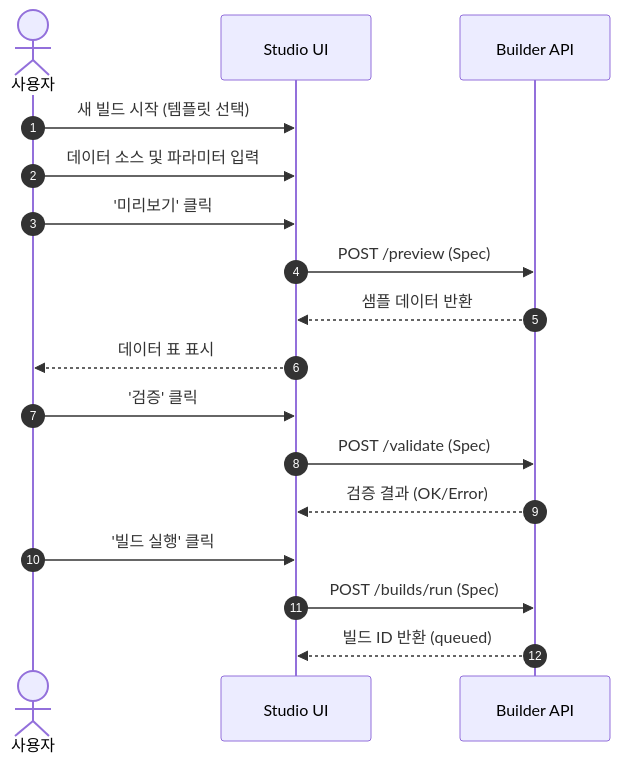
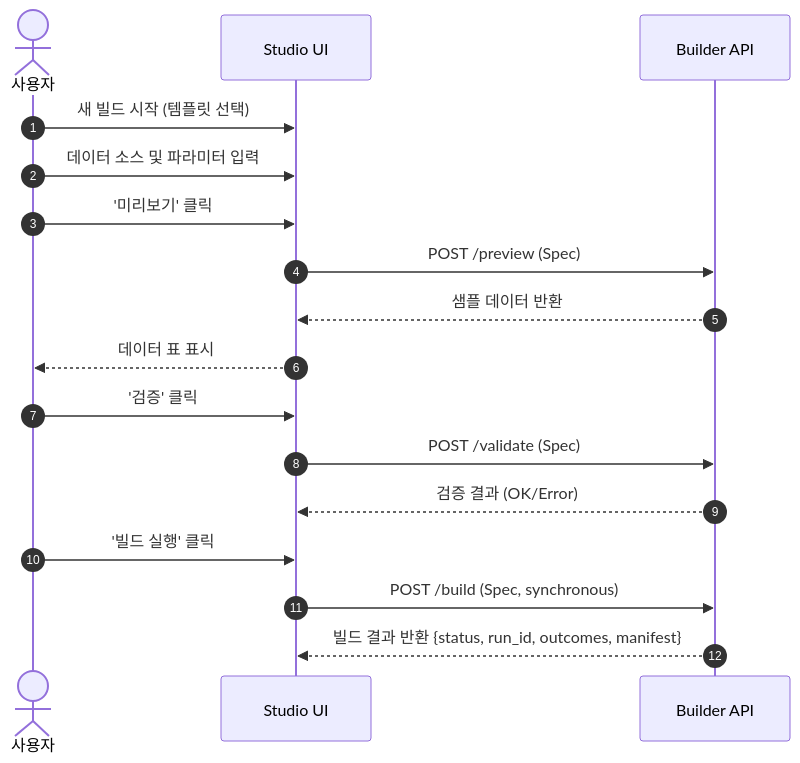
One commit to yeongseon/kpubdata-studio changed the first of 4 diagrams in USER_FLOWS.md. Above: the diagram before and after it, drawn with Mermaid. The commit also changed other lines of this file and 4 other files, not shown here.

````diff
--- a/USER_FLOWS.md
+++ b/USER_FLOWS.md
@@ -19,20 +19,20 @@
 ```mermaid
 sequenceDiagram
     autonumber
     actor User as 사용자
     participant Studio as Studio UI
     participant BAPI as Builder API
 
     User->>Studio: 새 빌드 시작 (템플릿 선택)
     User->>Studio: 데이터 소스 및 파라미터 입력
     User->>Studio: '미리보기' 클릭
     Studio->>BAPI: POST /preview (Spec)
     BAPI-->>Studio: 샘플 데이터 반환
     Studio-->>User: 데이터 표 표시
     User->>Studio: '검증' 클릭
     Studio->>BAPI: POST /validate (Spec)
     BAPI-->>Studio: 검증 결과 (OK/Error)
     User->>Studio: '빌드 실행' 클릭
-    Studio->>BAPI: POST /builds/run (Spec)
-    BAPI-->>Studio: 빌드 ID 반환 (queued)
+    Studio->>BAPI: POST /build (Spec, synchronous)
+    BAPI-->>Studio: 빌드 결과 반환 {status, run_id, outcomes, manifest}
 ```
````
